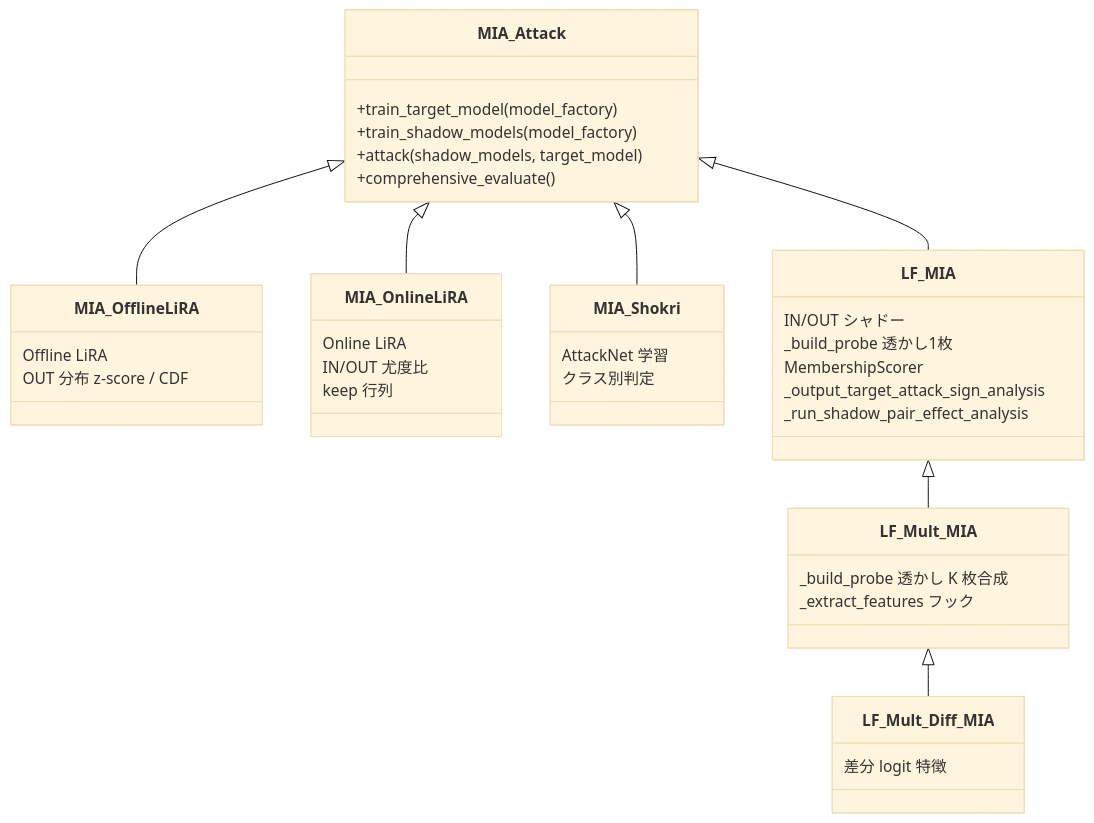
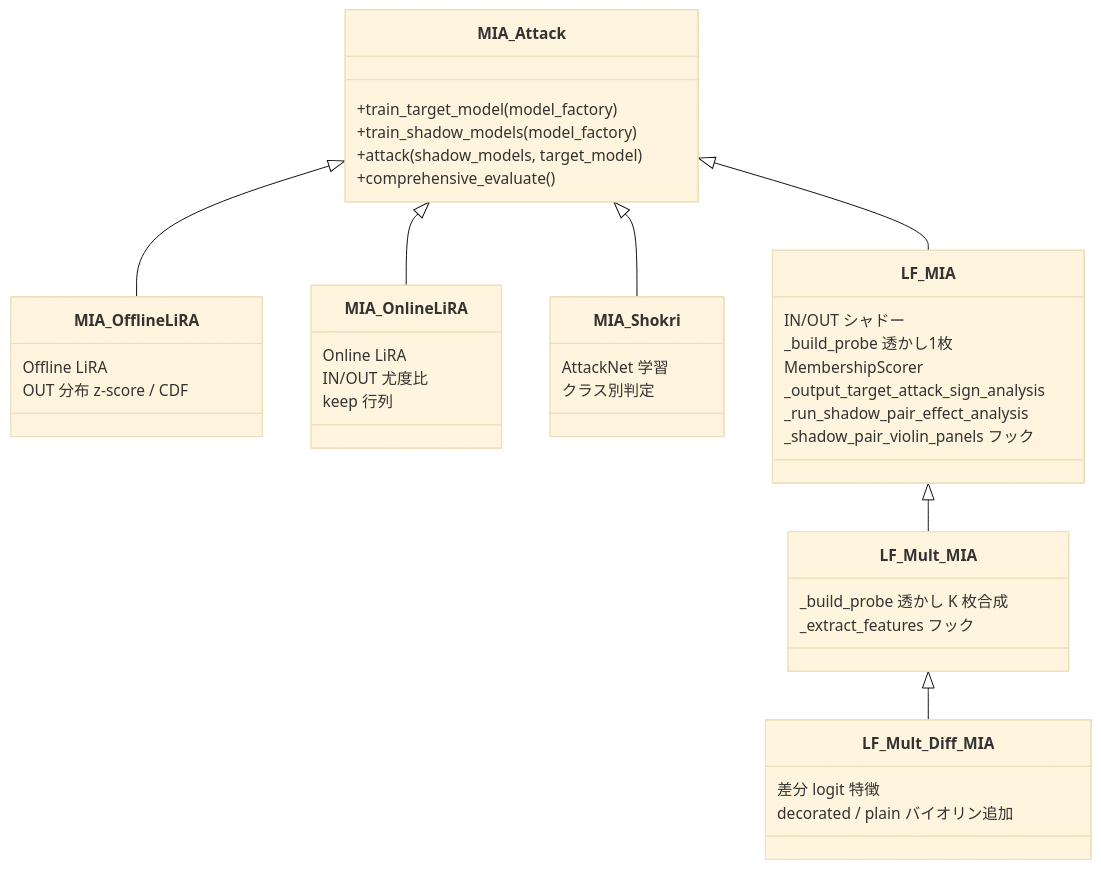
One commit to GoldenPoisonedApple/MIAOS changed diagram 11 of 14 in worker/docs/SPECIFICATION.md. Above: the diagram before and after it, drawn with Mermaid (base theme). The commit also changed other lines of this file and 5 other files, not shown here.

Commit message:
feat: shadow pair のバイオリンプロット追加

````diff
--- a/worker/docs/SPECIFICATION.md
+++ b/worker/docs/SPECIFICATION.md
@@ -420,42 +420,44 @@
 ```mermaid
 classDiagram
     class MIA_Attack {
         +train_target_model(model_factory)
         +train_shadow_models(model_factory)
         +attack(shadow_models, target_model)
         +comprehensive_evaluate()
     }
     class MIA_OfflineLiRA {
         Offline LiRA
         OUT 分布 z-score / CDF
     }
     class MIA_OnlineLiRA {
         Online LiRA
         IN/OUT 尤度比
         keep 行列
     }
     class MIA_Shokri {
         AttackNet 学習
         クラス別判定
     }
     class LF_MIA {
         IN/OUT シャドー
         _build_probe 透かし1枚
         MembershipScorer
         _output_target_attack_sign_analysis
         _run_shadow_pair_effect_analysis
+        _shadow_pair_violin_panels フック
     }
     MIA_Attack <|-- MIA_OfflineLiRA
     MIA_Attack <|-- MIA_OnlineLiRA
     MIA_Attack <|-- MIA_Shokri
     class LF_Mult_MIA {
         _build_probe 透かし K 枚合成
         _extract_features フック
     }
     class LF_Mult_Diff_MIA {
         差分 logit 特徴
+        decorated / plain バイオリン追加
     }
     MIA_Attack <|-- LF_MIA
     LF_MIA <|-- LF_Mult_MIA
     LF_Mult_MIA <|-- LF_Mult_Diff_MIA
 ```
````
